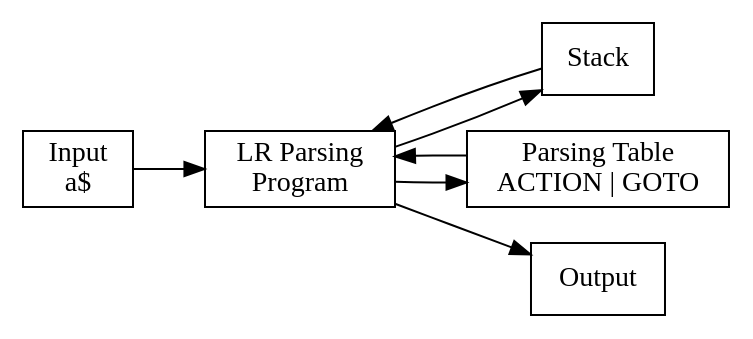
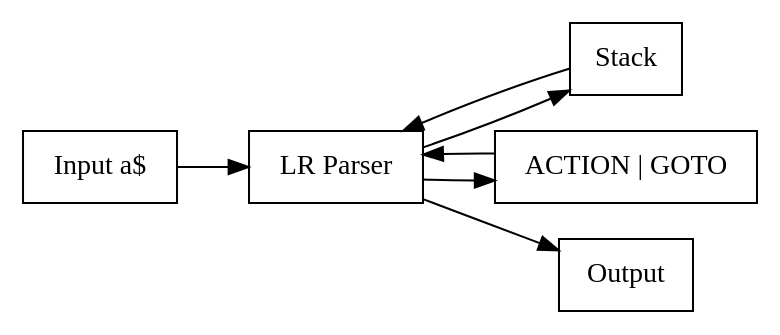
The diagram in COMPILATION/COURSES/Chapter-03.md (kld-anouar/courses), drawn with Graphviz before and after one commit. The commit also changed other lines of this file, not shown here.

Commit message:
Parser section fixed

````diff
--- a/COMPILATION/COURSES/Chapter-03.md
+++ b/COMPILATION/COURSES/Chapter-03.md
@@ -668,19 +713,7 @@
 ```dot
 digraph LRParser {
     rankdir=LR;
     node [shape=box];
-    
-    input [label="Input\na$"];
-    stack [label="Stack"];
-    table [label="Parsing Table\nACTION | GOTO"];
-    driver [label="LR Parsing\nProgram"];
-    output [label="Output"];
-    
-    input -> driver;
-    stack -> driver;
-    driver -> table;
-    table -> driver;
-    driver -> stack;
-    driver -> output;
+    input [label="Input a$"]; stack [label="Stack"]; table [label="ACTION | GOTO"]; driver [label="LR Parser"]; output [label="Output"]; input -> driver; stack -> driver; driver -> table; table -> driver; driver -> stack; driver -> output;
 }
 ```
````
